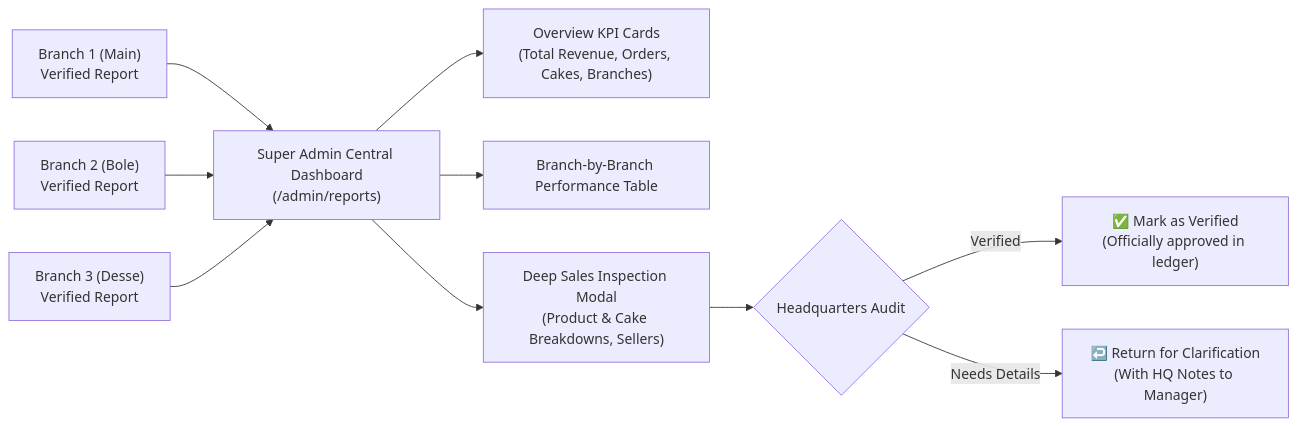
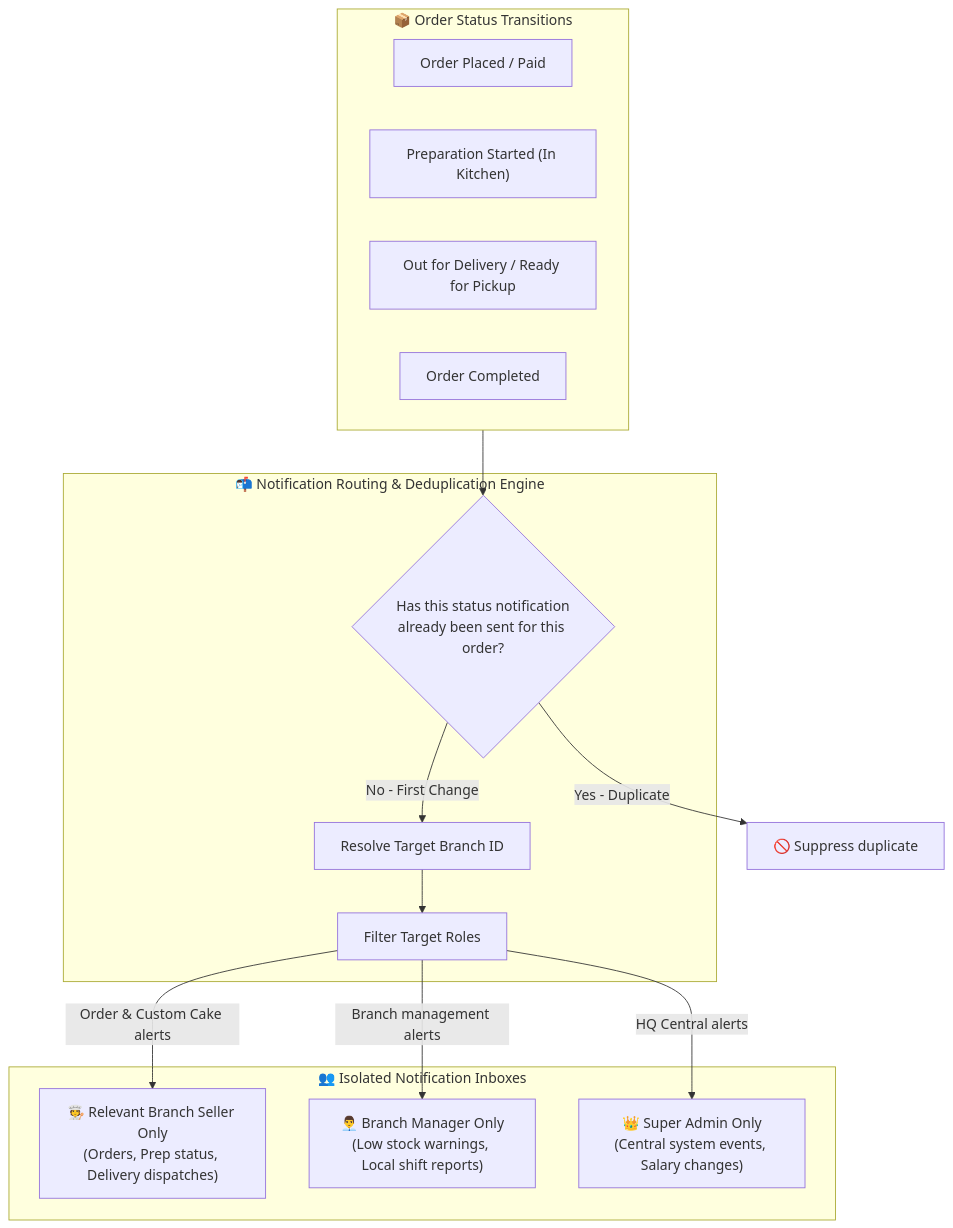
One commit to niga-star/Kenean-Cake-and-bread- changed the sixth of 8 diagrams in SYSTEM_DOCUMENTATION.md. Above: the diagram before and after it, drawn with Mermaid. The commit also changed other lines of this file and 3 other files, not shown here.

Commit message:
Update system documentation to Version 4.0 Enterprise with Stock Receive, RBAC isolation, account status governance, and notification routing

````diff
--- a/SYSTEM_DOCUMENTATION.md
+++ b/SYSTEM_DOCUMENTATION.md
@@ -223,14 +265,29 @@
 ```mermaid
-flowchart LR
-    A["Branch 1 (Main)\nVerified Report"] --> D["Super Admin Central Dashboard\n(/admin/reports)"]
-    B["Branch 2 (Bole)\nVerified Report"] --> D
-    C["Branch 3 (Desse)\nVerified Report"] --> D
+flowchart TD
+    subgraph OrderEvents["📦 Order Status Transitions"]
+        E1["Order Placed / Paid"]
+        E2["Preparation Started (In Kitchen)"]
+        E3["Out for Delivery / Ready for Pickup"]
+        E4["Order Completed"]
+    end
 
-    D --> E["Overview KPI Cards\n(Total Revenue, Orders, Cakes, Branches)"]
-    D --> F["Branch-by-Branch Performance Table"]
-    D --> G["Deep Sales Inspection Modal\n(Product & Cake Breakdowns, Sellers)"]
+    subgraph NotificationRouter["📬 Notification Routing & Deduplication Engine"]
+        DedupCheck{"Has this status notification\nalready been sent for this order?"}
+        BranchResolver["Resolve Target Branch ID"]
+        RoleFilter["Filter Target Roles"]
+    end
 
-    G --> H{"Headquarters Audit"}
-    H -->|Verified| I["✅ Mark as Verified\n(Officially approved in ledger)"]
-    H -->|Needs Details| J["↩️ Return for Clarification\n(With HQ Notes to Manager)"]
+    subgraph Recipients["👥 Isolated Notification Inboxes"]
+        SellerInbox["🧑‍🍳 Relevant Branch Seller Only\n(Orders, Prep status, Delivery dispatches)"]
+        ManagerInbox["👨‍💼 Branch Manager Only\n(Low stock warnings, Local shift reports)"]
+        AdminInbox["👑 Super Admin Only\n(Central system events, Salary changes)"]
+    end
+
+    OrderEvents --> DedupCheck
+    DedupCheck -->|Yes - Duplicate| Discard["🚫 Suppress duplicate"]
+    DedupCheck -->|No - First Change| BranchResolver
+    BranchResolver --> RoleFilter
+    RoleFilter -->|Order & Custom Cake alerts| SellerInbox
+    RoleFilter -->|Branch management alerts| ManagerInbox
+    RoleFilter -->|HQ Central alerts| AdminInbox
 ```
````
